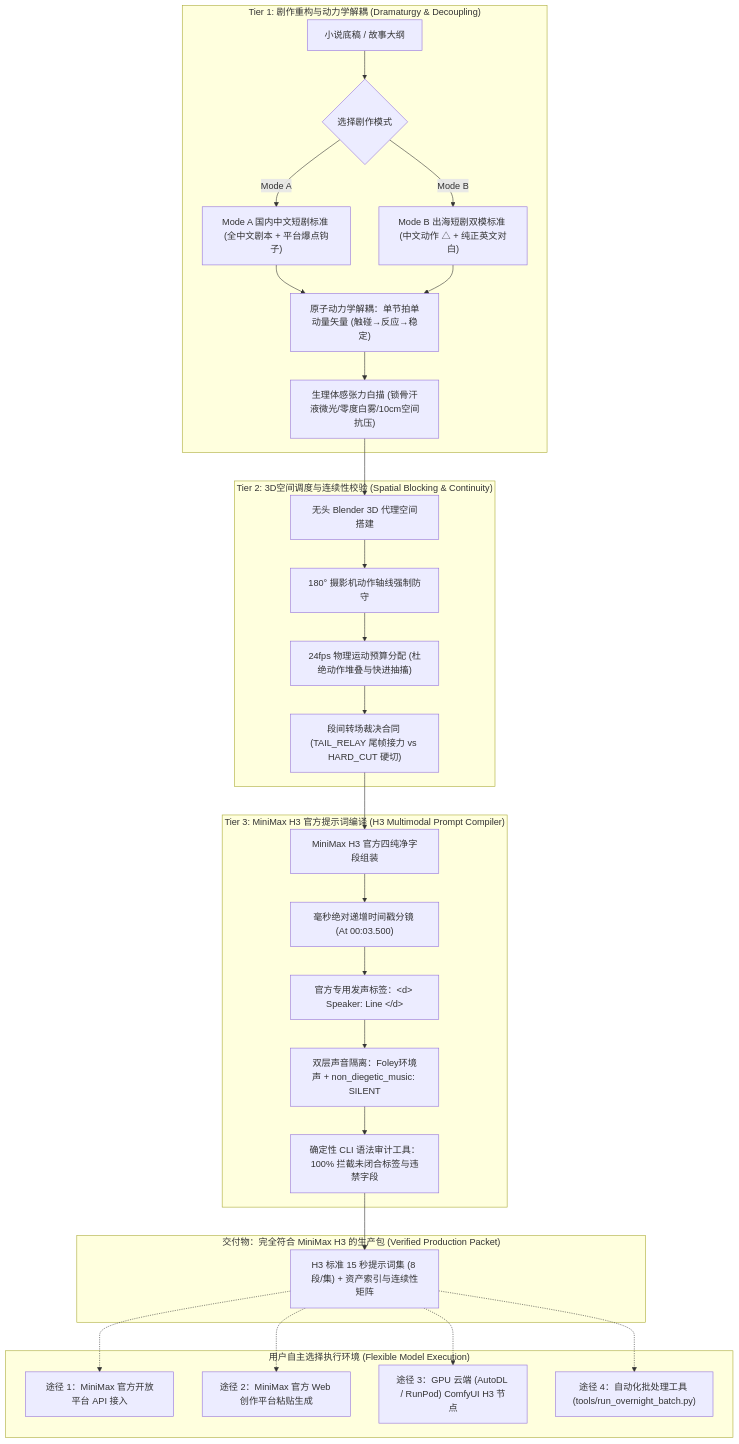
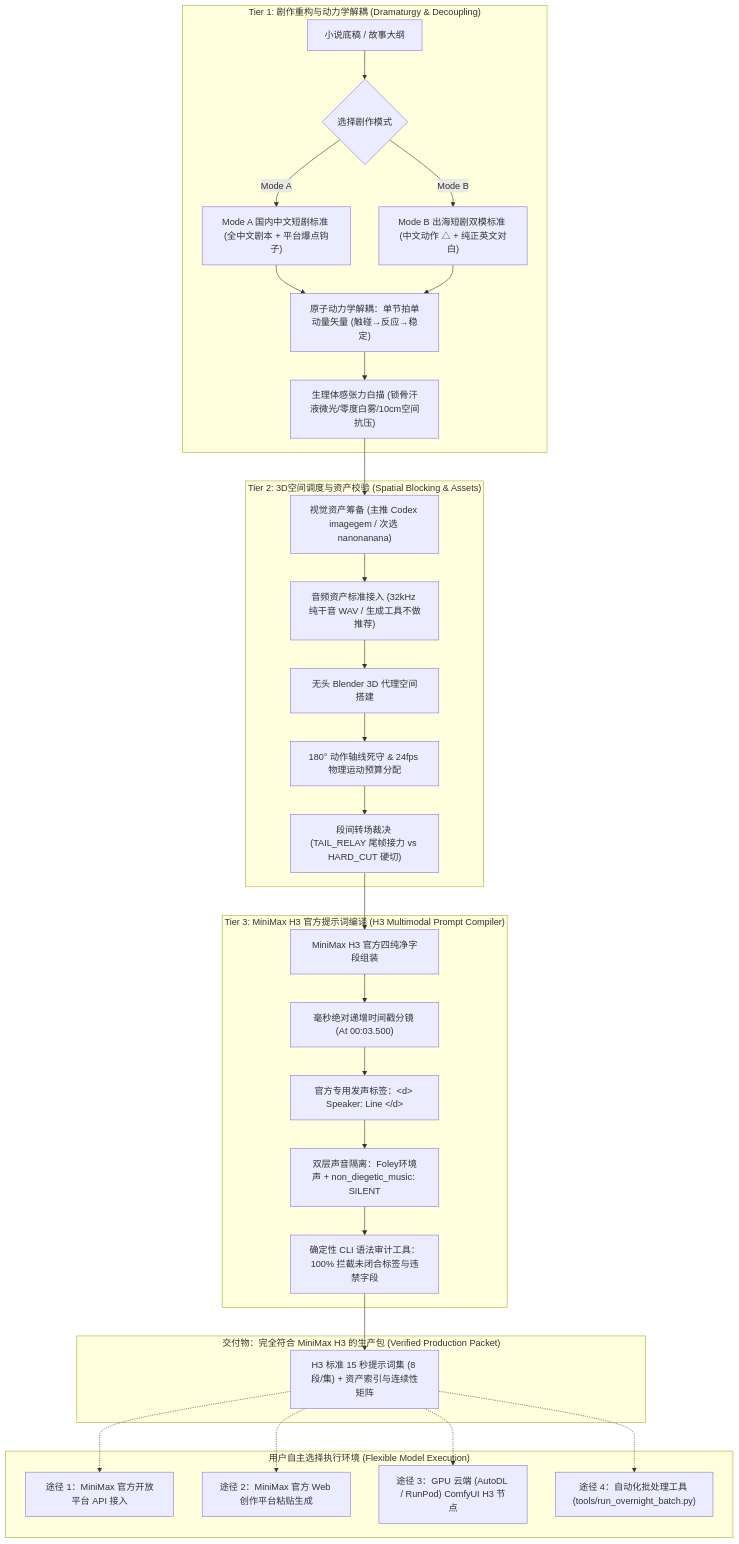
One commit to egguy886/OmniDirector-H3 changed the diagram in README.md. Above: the diagram before and after it, drawn with Mermaid. The commit also changed other lines of this file and 6 other files, not shown here.

Commit message:
docs: add visual and audio asset directives (imagegem in Codex primary, nanonanana secondary, audio open choice 32kHz)

````diff
--- a/README.md
+++ b/README.md
@@ -75,37 +95,38 @@
 ```mermaid
 flowchart TD
     subgraph Tier1["Tier 1: 剧作重构与动力学解耦 (Dramaturgy & Decoupling)"]
         A[小说底稿 / 故事大纲] --> B{选择剧作模式}
         B -->|Mode A| C1["Mode A 国内中文短剧标准 (全中文剧本 + 平台爆点钩子)"]
         B -->|Mode B| C2["Mode B 出海短剧双模标准 (中文动作 △ + 纯正英文对白)"]
         C1 --> D["原子动力学解耦：单节拍单动量矢量 (触碰→反应→稳定)"]
         C2 --> D
         D --> E["生理体感张力白描 (锁骨汗液微光/零度白雾/10cm空间抗压)"]
     end
 
-    subgraph Tier2["Tier 2: 3D空间调度与连续性校验 (Spatial Blocking & Continuity)"]
-        E --> F[无头 Blender 3D 代理空间搭建]
-        F --> G["180° 摄影机动作轴线强制防守"]
-        G --> H["24fps 物理运动预算分配 (杜绝动作堆叠与快进抽搐)"]
-        H --> I["段间转场裁决合同 (TAIL_RELAY 尾帧接力 vs HARD_CUT 硬切)"]
+    subgraph Tier2["Tier 2: 3D空间调度与资产校验 (Spatial Blocking & Assets)"]
+        E --> F["视觉资产筹备 (主推 Codex imagegem / 次选 nanonanana)"]
+        F --> G["音频资产标准接入 (32kHz 纯干音 WAV / 生成工具不做推荐)"]
+        G --> H[无头 Blender 3D 代理空间搭建]
+        H --> I["180° 动作轴线死守 & 24fps 物理运动预算分配"]
+        I --> J["段间转场裁决 (TAIL_RELAY 尾帧接力 vs HARD_CUT 硬切)"]
     end
 
     subgraph Tier3["Tier 3: MiniMax H3 官方提示词编译 (H3 Multimodal Prompt Compiler)"]
-        I --> J[MiniMax H3 官方四纯净字段组装]
-        J --> K["毫秒绝对递增时间戳分镜 (At 00:03.500)"]
-        K --> L["官方专用发声标签：&lt;d&gt; Speaker: Line &lt;/d&gt;"]
-        L --> M["双层声音隔离：Foley环境声 + non_diegetic_music: SILENT"]
-        M --> N[确定性 CLI 语法审计工具：100% 拦截未闭合标签与违禁字段]
+        J --> K[MiniMax H3 官方四纯净字段组装]
+        K --> L["毫秒绝对递增时间戳分镜 (At 00:03.500)"]
+        L --> M["官方专用发声标签：&lt;d&gt; Speaker: Line &lt;/d&gt;"]
+        M --> N["双层声音隔离：Foley环境声 + non_diegetic_music: SILENT"]
+        N --> O[确定性 CLI 语法审计工具：100% 拦截未闭合标签与违禁字段]
     end
 
     subgraph Output["交付物：完全符合 MiniMax H3 的生产包 (Verified Production Packet)"]
-        N --> O["H3 标准 15 秒提示词集 (8 段/集) + 资产索引与连续性矩阵"]
+        O --> P["H3 标准 15 秒提示词集 (8 段/集) + 资产索引与连续性矩阵"]
     end
 
     subgraph Execution["用户自主选择执行环境 (Flexible Model Execution)"]
-        O -.-> P1["途径 1：MiniMax 官方开放平台 API 接入"]
-        O -.-> P2["途径 2：MiniMax 官方 Web 创作平台粘贴生成"]
-        O -.-> P3["途径 3：GPU 云端 (AutoDL / RunPod) ComfyUI H3 节点"]
-        O -.-> P4["途径 4：自动化批处理工具 (tools/run_overnight_batch.py)"]
+        P -.-> Q1["途径 1：MiniMax 官方开放平台 API 接入"]
+        P -.-> Q2["途径 2：MiniMax 官方 Web 创作平台粘贴生成"]
+        P -.-> Q3["途径 3：GPU 云端 (AutoDL / RunPod) ComfyUI H3 节点"]
+        P -.-> Q4["途径 4：自动化批处理工具 (tools/run_overnight_batch.py)"]
     end
 ```
````
